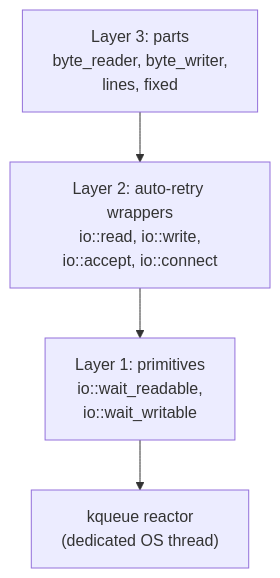
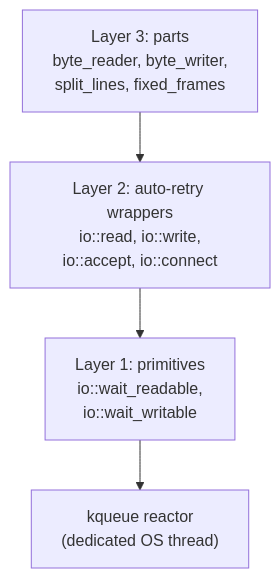
Before and after one commit to marcelocantos/csp: the first of 2 diagrams in docs/guide/06-io.md, drawn with Mermaid. The commit also changed other lines of this file and 11 other files, not shown here.

First line of the commit message:
Rename lines() → split_lines() and fixed() → fixed_frames()

````diff
--- a/docs/guide/06-io.md
+++ b/docs/guide/06-io.md
@@ -7,9 +7,9 @@
 ```mermaid
 graph TD
-    L3["Layer 3: parts<br/>byte_reader, byte_writer,<br/>lines, fixed"]
+    L3["Layer 3: parts<br/>byte_reader, byte_writer,<br/>split_lines, fixed_frames"]
     L2["Layer 2: auto-retry wrappers<br/>io::read, io::write,<br/>io::accept, io::connect"]
     L1["Layer 1: primitives<br/>io::wait_readable,<br/>io::wait_writable"]
     R["kqueue reactor<br/>(dedicated OS thread)"]
 
     L3 --> L2 --> L1 --> R
 ```
````
